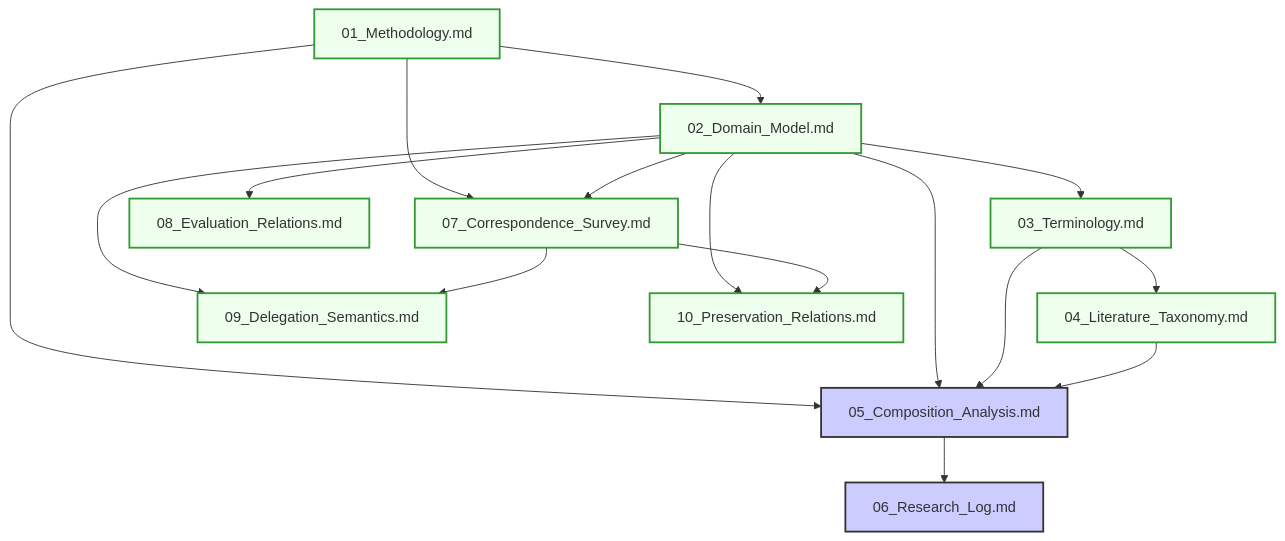
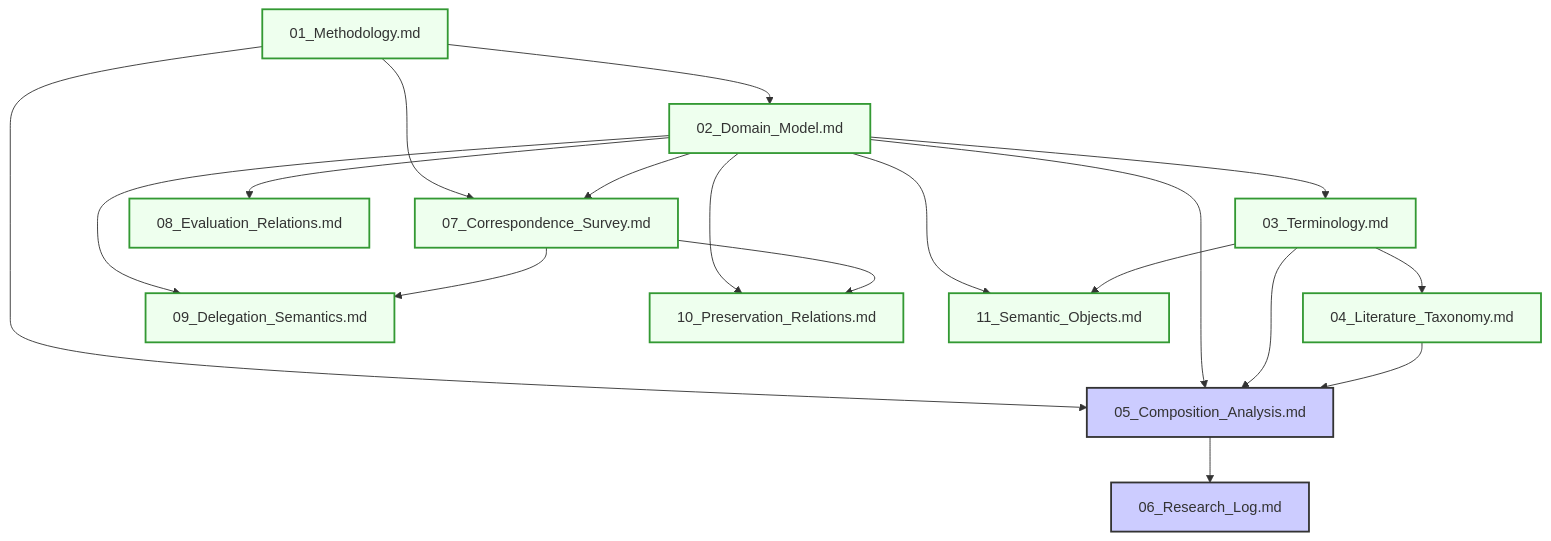
Before and after one commit to Iradukunda-Fils/Cortex: the diagram in master_plan.md, drawn with Mermaid. The commit also changed other lines of this file and 12 other files, not shown here.

````diff
--- a/master_plan.md
+++ b/master_plan.md
@@ -135,28 +142,31 @@
 ```mermaid
 graph TD
     MT[01_Methodology.md] --> DM[02_Domain_Model.md]
     DM --> TM[03_Terminology.md]
     TM --> LT[04_Literature_Taxonomy.md]
     MT --> CA[05_Composition_Analysis.md]
     DM --> CA
     TM --> CA
     LT --> CA
     CA --> RL[06_Research_Log.md]
     
     MT --> CS[07_Correspondence_Survey.md]
     DM --> CS
     
     DM --> ER[08_Evaluation_Relations.md]
     
     DM --> DS[09_Delegation_Semantics.md]
     CS --> DS
     
     DM --> PR[10_Preservation_Relations.md]
     CS --> PR
+    
+    DM --> SO[11_Semantic_Objects.md]
+    TM --> SO
 
     classDef locked fill:#efe,stroke:#393,stroke-width:2px;
     classDef active fill:#ccf,stroke:#333,stroke-width:2px;
 
-    class MT,DM,TM,LT,CS,ER,DS,PR locked;
+    class MT,DM,TM,LT,CS,ER,DS,PR,SO locked;
     class CA,RL active;
 ```
````
